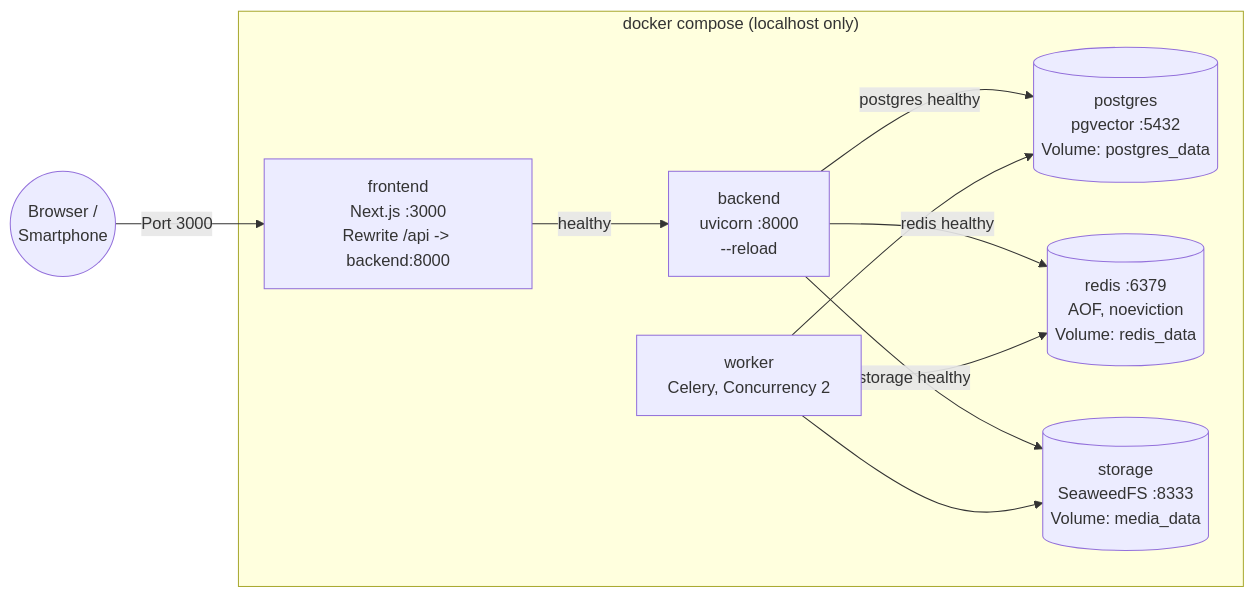
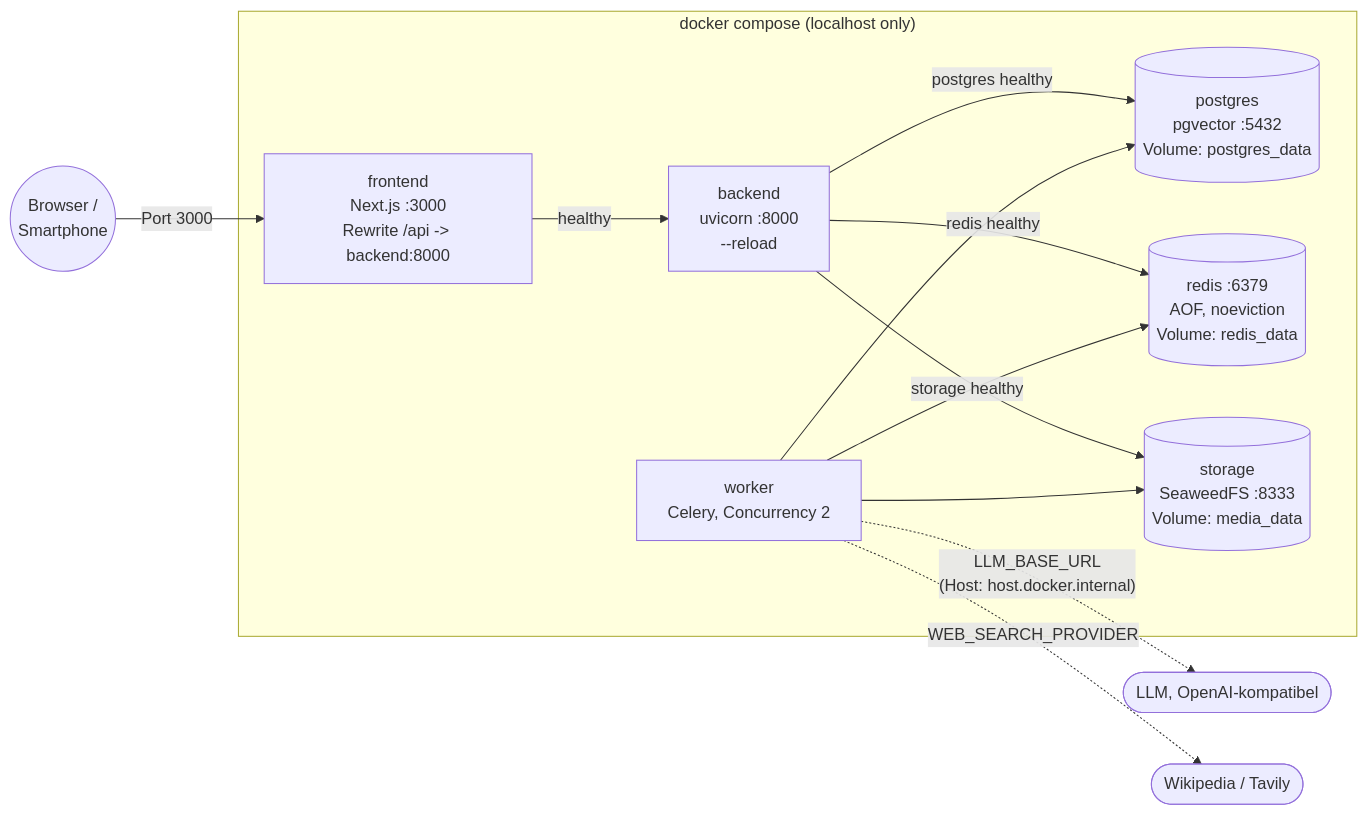
Before and after one commit to johannes3502/hackathon-fulda: the second of 10 diagrams in docs/03-architecture.md, drawn with Mermaid. The commit also changed other lines of this file and 32 other files, not shown here.

````diff
--- a/docs/03-architecture.md
+++ b/docs/03-architecture.md
@@ -86,20 +98,22 @@
 ```mermaid
 flowchart LR
     subgraph Host["docker compose (localhost only)"]
         FE["frontend<br/>Next.js :3000<br/>Rewrite /api -> backend:8000"]
         BE["backend<br/>uvicorn :8000<br/>--reload"]
         WK["worker<br/>Celery, Concurrency 2"]
         PG[("postgres<br/>pgvector :5432<br/>Volume: postgres_data")]
         RD[("redis :6379<br/>AOF, noeviction<br/>Volume: redis_data")]
         ST[("storage<br/>SeaweedFS :8333<br/>Volume: media_data")]
     end
 
     User(("Browser /<br/>Smartphone")) -->|"Port 3000"| FE
     FE -->|"healthy"| BE
     BE -->|"postgres healthy"| PG
     BE -->|"storage healthy"| ST
     BE -->|"redis healthy"| RD
     WK --> PG
     WK --> ST
     WK --> RD
+    WK -. "LLM_BASE_URL<br/>(Host: host.docker.internal)" .-> LLM(["LLM, OpenAI-kompatibel"])
+    WK -. "WEB_SEARCH_PROVIDER" .-> WS(["Wikipedia / Tavily"])
 ```
````
